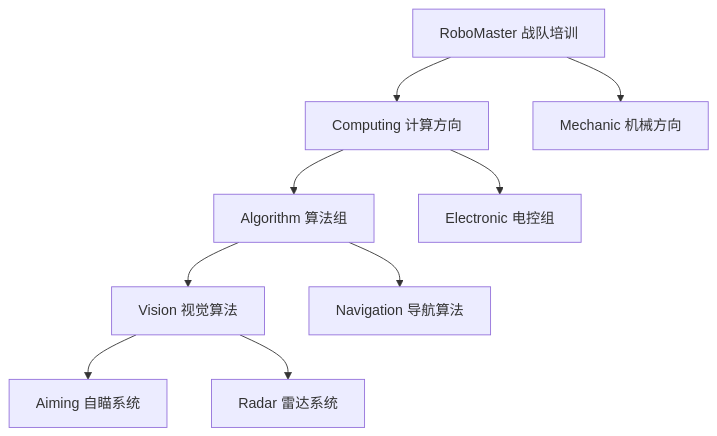
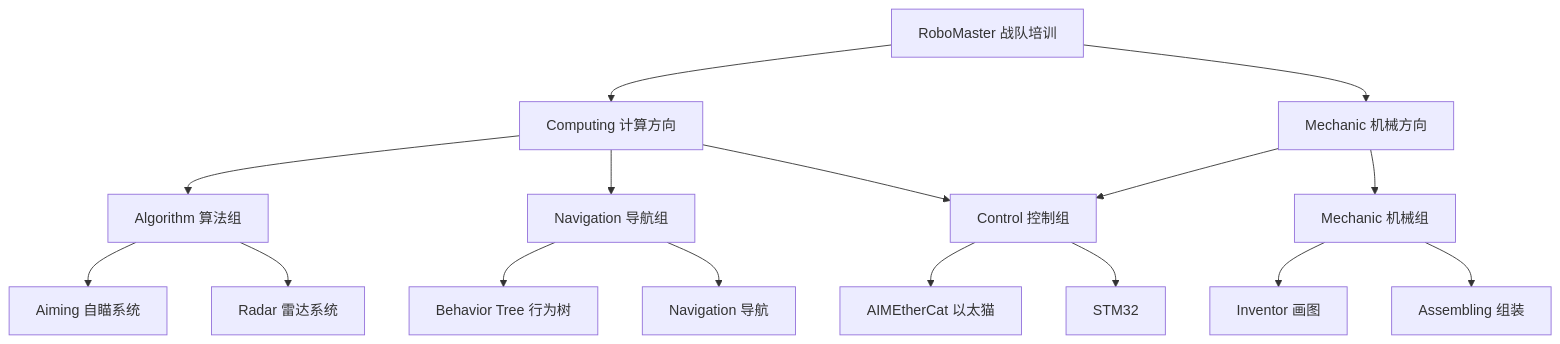
One commit to unnc-aim/aim-rookie-courses changed the diagram in README.md. Above: the diagram before and after it, drawn with Mermaid. The commit also changed other lines of this file, not shown here.

````diff
--- a/README.md
+++ b/README.md
@@ -35,14 +35,22 @@
 ```mermaid
 graph TD
     A[RoboMaster 战队培训] --> B[Computing 计算方向]
     A --> C[Mechanic 机械方向]
-
-    B --> D[Algorithm 算法组]
-    B --> E[Electronic 电控组]
-
-    D --> F[Vision 视觉算法]
-    D --> G[Navigation 导航算法]
+    B --> F[Algorithm 算法组]
+    B --> G[Navigation 导航组]
+    B --> E[Control 控制组]
+    C --> D[Mechanic 机械组]
+    
+    C --> E
 
     F --> H[Aiming 自瞄系统]
     F --> I[Radar 雷达系统]
+    G --> J[Behavior Tree 行为树]
+    G --> K[Navigation 导航]
+    E --> L[AIMEtherCat 以太猫]
+    E --> M[STM32]
+    D --> N[Inventor 画图]
+    D --> O[Assembling 组装]
+    
+    
 ```
````
